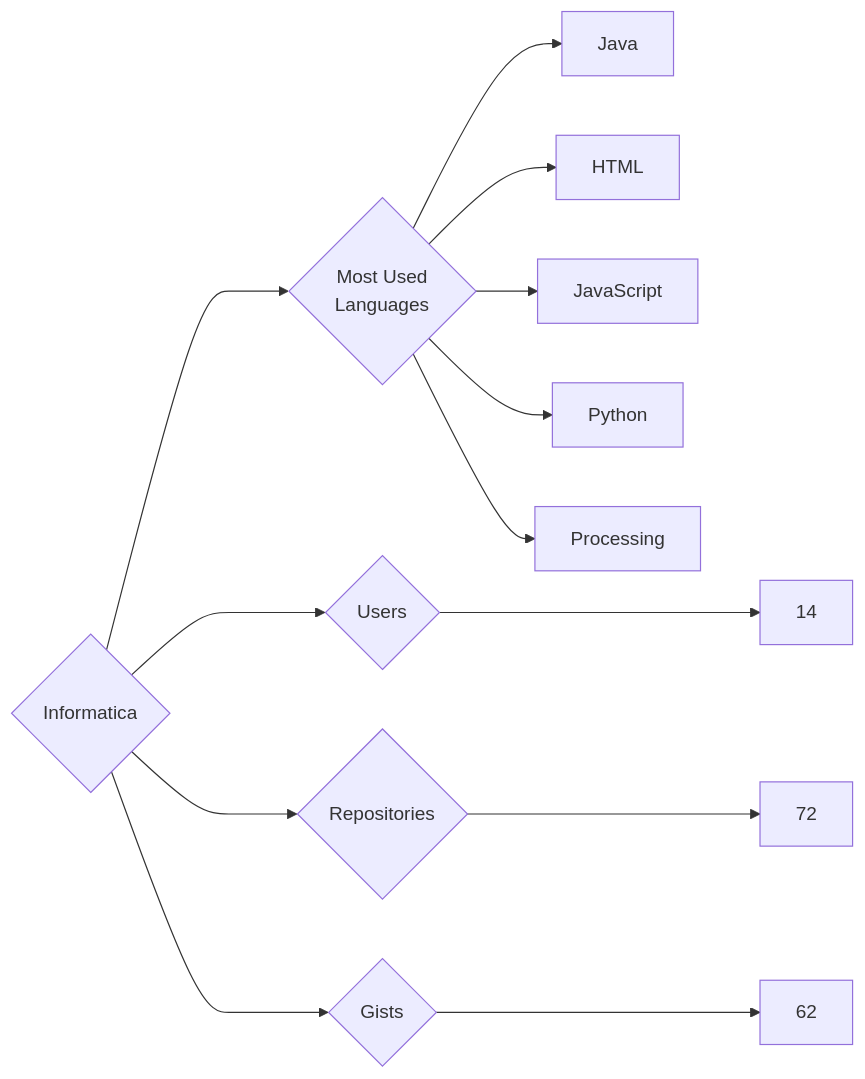
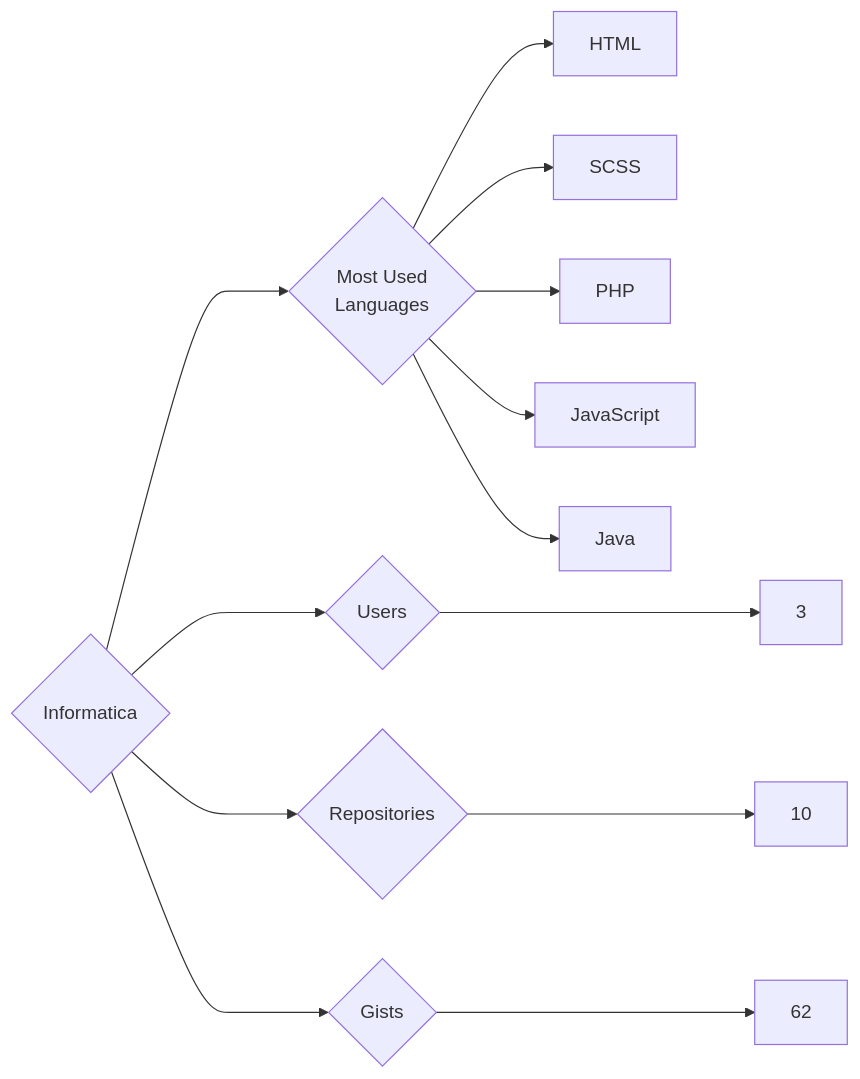
The diagram in targets/Informatica/README.md (trickest/insiders), drawn with Mermaid before and after one commit. The commit also changed 847 other files, not shown here.

````diff
--- a/targets/Informatica/README.md
+++ b/targets/Informatica/README.md
@@ -3,13 +3,13 @@
 ```mermaid
 graph LR
 COMPANY_NAME{Informatica}
-COMPANY_NAME ---> U{Users} ---> UN[14]
-COMPANY_NAME ---> R{Repositories} ---> RN[72]
+COMPANY_NAME ---> U{Users} ---> UN[3]
+COMPANY_NAME ---> R{Repositories} ---> RN[10]
 COMPANY_NAME ---> G{Gists} ---> GN[62]
 COMPANY_NAME ---> ML{Most Used<br>Languages}
+ML --> HTML[HTML]
+ML --> SCSS[SCSS]
+ML --> PHP[PHP]
+ML --> JavaScript[JavaScript]
 ML --> Java[Java]
-ML --> HTML[HTML]
-ML --> JavaScript[JavaScript]
-ML --> Python[Python]
-ML --> Processing[Processing]
 ```
````
